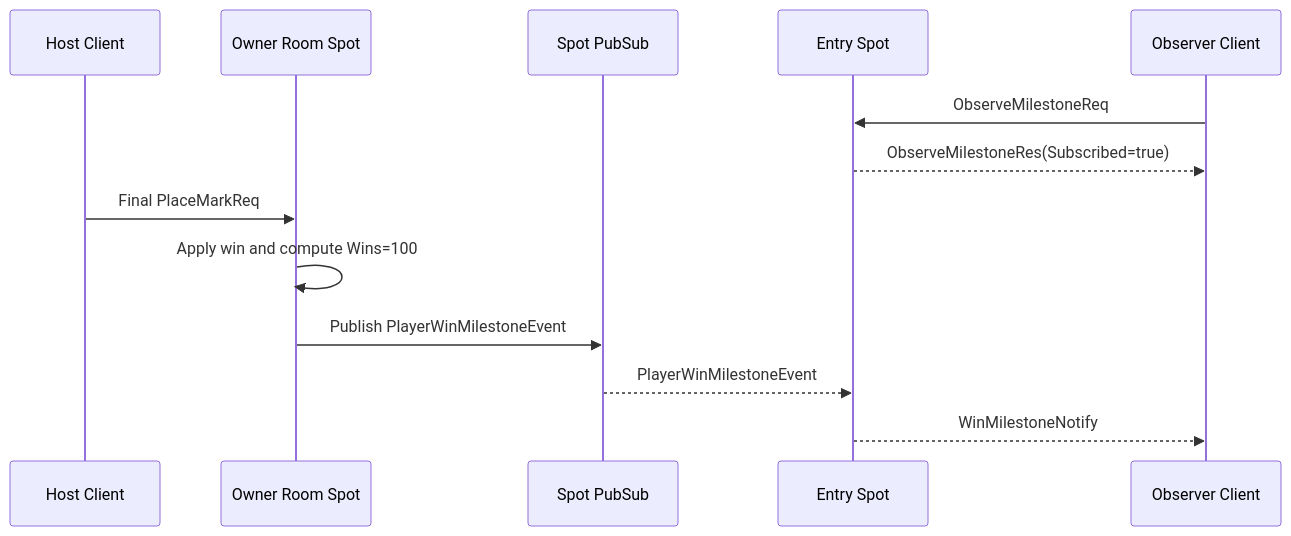
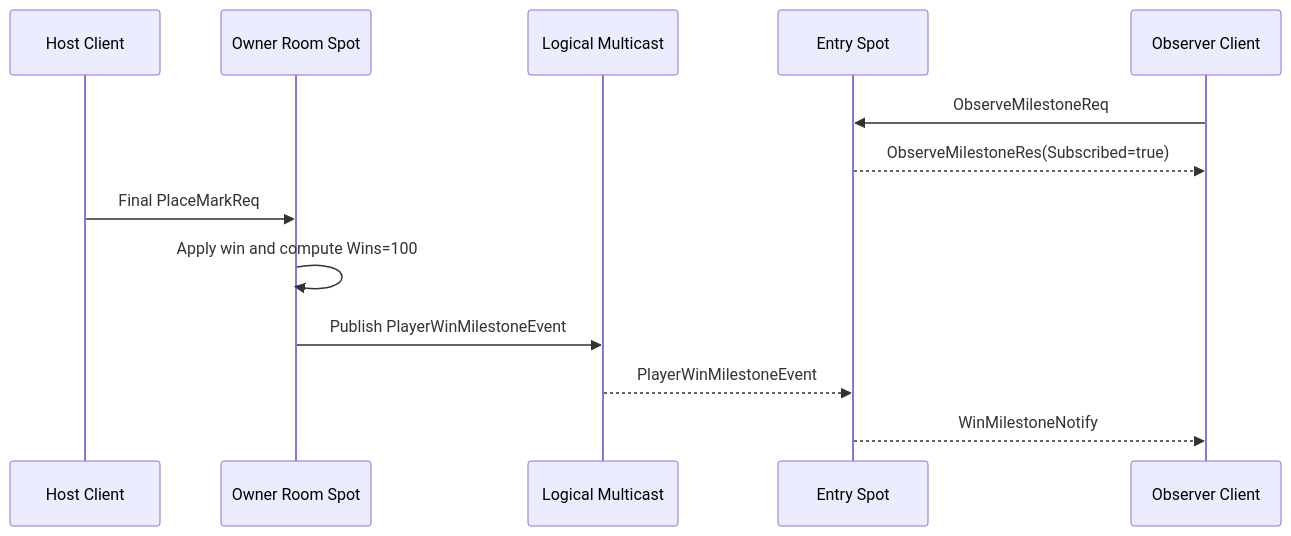
One commit to kairos-code-dev/zlink changed the fifth of 6 diagrams in framework/doc/framework/common/sample/tictactoe/README.ko.md. Above: the diagram before and after it, drawn with Mermaid. The commit also changed other lines of this file and 293 other files, not shown here.

````diff
--- a/framework/doc/framework/common/sample/tictactoe/README.ko.md
+++ b/framework/doc/framework/common/sample/tictactoe/README.ko.md
@@ -851,16 +849,16 @@
 ```mermaid
 sequenceDiagram
     participant HOST as Host Client
     participant ROOM as Owner Room Spot
-    participant PUB as Spot PubSub
+    participant MULTICAST as Logical Multicast
     participant ENTRY as Entry Spot
     participant OBS as Observer Client
 
     OBS->>ENTRY: ObserveMilestoneReq
     ENTRY-->>OBS: ObserveMilestoneRes(Subscribed=true)
     HOST->>ROOM: Final PlaceMarkReq
     ROOM->>ROOM: Apply win and compute Wins=100
-    ROOM->>PUB: Publish PlayerWinMilestoneEvent
-    PUB-->>ENTRY: PlayerWinMilestoneEvent
+    ROOM->>MULTICAST: Publish PlayerWinMilestoneEvent
+    MULTICAST-->>ENTRY: PlayerWinMilestoneEvent
     ENTRY-->>OBS: WinMilestoneNotify
 ```
````
